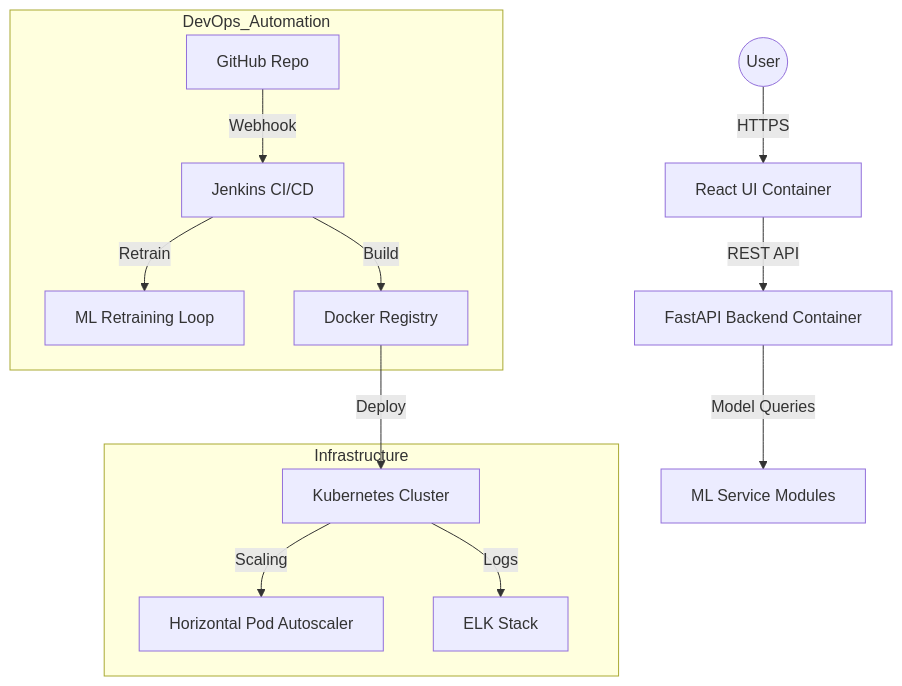
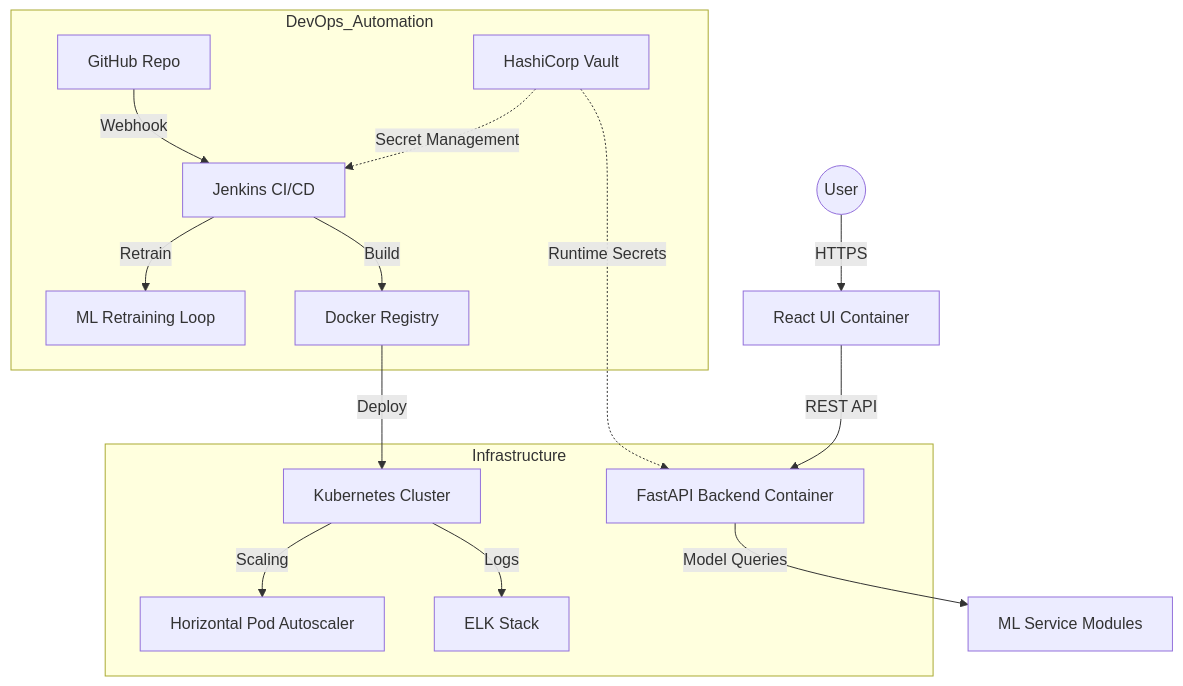
The diagram in FINAL_PROJECT_REPORT.md (deeksha2008/medicine-price-tracker), drawn with Mermaid before and after one commit. The commit also changed other lines of this file and 2 other files, not shown here.

Commit message:
docs: enhance architecture diagram with Vault security layer

````diff
--- a/FINAL_PROJECT_REPORT.md
+++ b/FINAL_PROJECT_REPORT.md
@@ -31,18 +31,20 @@
 ```mermaid
 graph TD
     User((User)) -->|HTTPS| Frontend[React UI Container]
     Frontend -->|REST API| Backend[FastAPI Backend Container]
     Backend -->|Model Queries| ML[ML Service Modules]
     
     subgraph DevOps_Automation
         GitHub[GitHub Repo] -->|Webhook| Jenkins[Jenkins CI/CD]
         Jenkins -->|Retrain| MLOps[ML Retraining Loop]
         Jenkins -->|Build| Docker[Docker Registry]
+        Vault[HashiCorp Vault] -.->|Secret Management| Jenkins
     end
     
     subgraph Infrastructure
         Docker -->|Deploy| K8s[Kubernetes Cluster]
         K8s -->|Scaling| HPA[Horizontal Pod Autoscaler]
         K8s -->|Logs| ELK[ELK Stack]
+        Vault -.->|Runtime Secrets| Backend
     end
 ```
````
